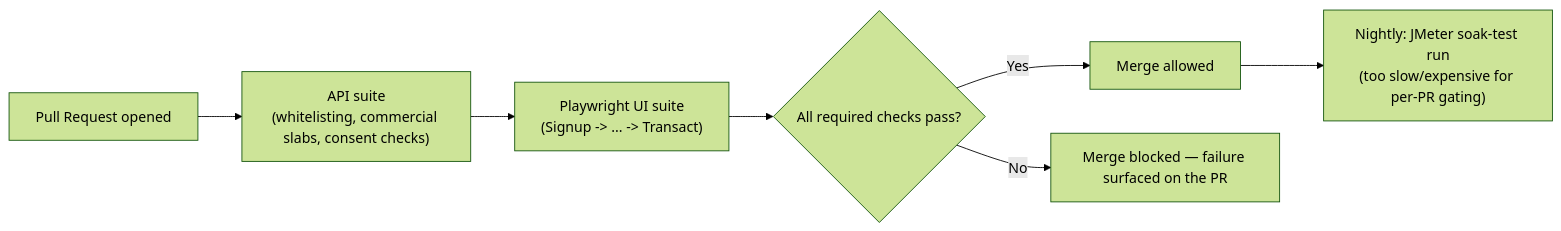
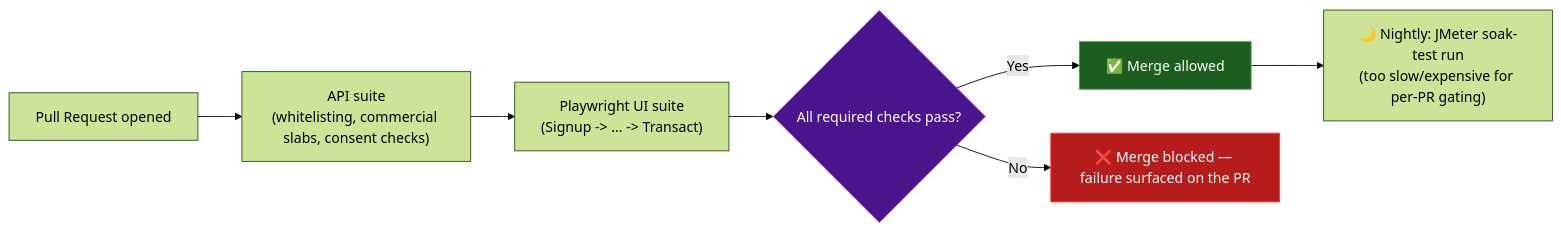
One commit to ghanendra-sdet/fintech-connected-banking-platform changed the second of 2 diagrams in docs/tech-and-skills.md. Above: the diagram before and after it, drawn with Mermaid (forest theme). The commit also changed other lines of this file, not shown here.

Commit message:
docs: enhance testing pyramid and CI/CD diagrams with semantic coloring

````diff
--- a/docs/tech-and-skills.md
+++ b/docs/tech-and-skills.md
@@ -61,9 +67,17 @@
 ```mermaid
 flowchart LR
     PR["Pull Request opened"] --> API["API suite<br/>(whitelisting, commercial slabs, consent checks)"]
     API --> UI["Playwright UI suite<br/>(Signup -> ... -> Transact)"]
     UI --> Gate{"All required checks pass?"}
-    Gate -->|Yes| Merge["Merge allowed"]
-    Gate -->|No| Block["Merge blocked — failure surfaced on the PR"]
-    Merge --> Nightly["Nightly: JMeter soak-test run<br/>(too slow/expensive for per-PR gating)"]
+    Gate -->|Yes| Merge["✅ Merge allowed"]
+    Gate -->|No| Block["❌ Merge blocked — failure surfaced on the PR"]
+    Merge --> Nightly["🌙 Nightly: JMeter soak-test run<br/>(too slow/expensive for per-PR gating)"]
+
+    classDef gate fill:#4a148c,color:#fff,stroke:#ab47bc,stroke-width:1px
+    classDef good fill:#1b5e20,color:#fff,stroke:#43a047,stroke-width:1px
+    classDef bad fill:#b71c1c,color:#fff,stroke:#e53935,stroke-width:1px
+
+    class Gate gate
+    class Merge good
+    class Block bad
 ```
````
